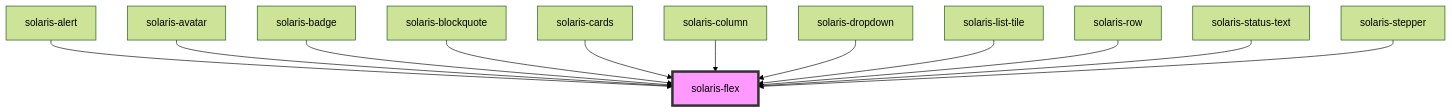
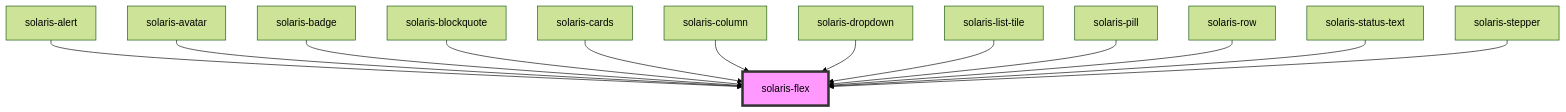
One commit to Lynxgsm/solaris-design-system changed the diagram in packages/solaris-core/src/components/solaris-flex/readme.md. Above: the diagram before and after it, drawn with Mermaid (forest theme). The commit also changed other lines of this file and 19 other files, not shown here.

````diff
--- a/packages/solaris-core/src/components/solaris-flex/readme.md
+++ b/packages/solaris-core/src/components/solaris-flex/readme.md
@@ -36,15 +37,16 @@
 ```mermaid
 graph TD;
   solaris-alert --> solaris-flex
   solaris-avatar --> solaris-flex
   solaris-badge --> solaris-flex
   solaris-blockquote --> solaris-flex
   solaris-cards --> solaris-flex
   solaris-column --> solaris-flex
   solaris-dropdown --> solaris-flex
   solaris-list-tile --> solaris-flex
+  solaris-pill --> solaris-flex
   solaris-row --> solaris-flex
   solaris-status-text --> solaris-flex
   solaris-stepper --> solaris-flex
   style solaris-flex fill:#f9f,stroke:#333,stroke-width:4px
 ```
````
